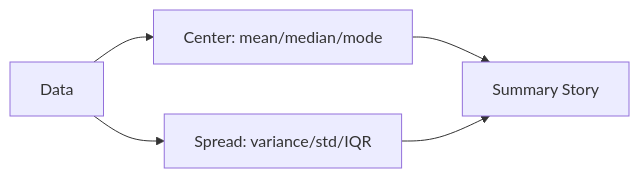
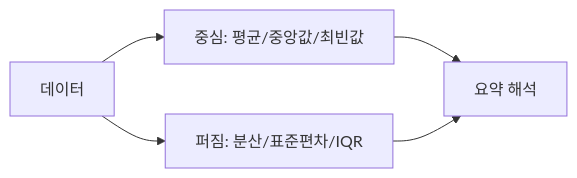
The diagram in content/statistics-101/ko/02-mean-median-variance.md (yeongseon-books/book-content), drawn with Mermaid before and after one commit. The commit also changed other lines of this file and 3 other files, not shown here.

````diff
--- a/content/statistics-101/ko/02-mean-median-variance.md
+++ b/content/statistics-101/ko/02-mean-median-variance.md
@@ -35,7 +48,7 @@
 ```mermaid
 flowchart LR
-    Data["Data"] --> Center["Center: mean/median/mode"]
-    Data --> Spread["Spread: variance/std/IQR"]
-    Center --> Story["Summary Story"]
+    Data["데이터"] --> Center["중심: 평균/중앙값/최빈값"]
+    Data --> Spread["퍼짐: 분산/표준편차/IQR"]
+    Center --> Story["요약 해석"]
     Spread --> Story
 ```
````
